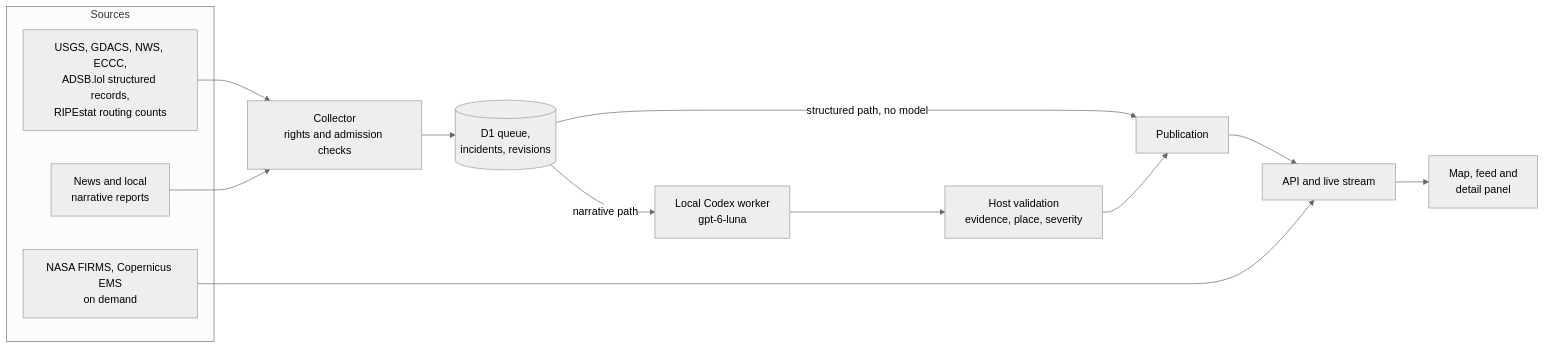
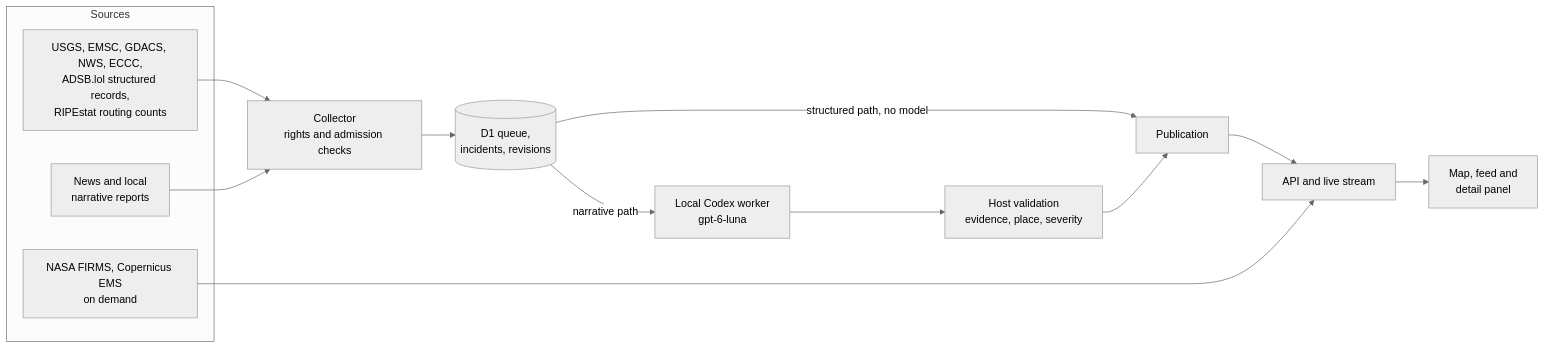
The diagram in README.md (fortunexbt/world-watch), drawn with Mermaid (neutral theme) before and after one commit. The commit also changed other lines of this file and 16 other files, not shown here.

````diff
--- a/README.md
+++ b/README.md
@@ -36,18 +36,18 @@
 ```mermaid
 flowchart LR
   subgraph Sources
-    S1[USGS, GDACS, NWS, ECCC,<br/>ADSB.lol structured records,<br/>RIPEstat routing counts]
+    S1[USGS, EMSC, GDACS, NWS, ECCC,<br/>ADSB.lol structured records,<br/>RIPEstat routing counts]
     S2[News and local<br/>narrative reports]
     S3[NASA FIRMS, Copernicus EMS<br/>on demand]
   end
   S1 --> C[Collector<br/>rights and admission checks]
   S2 --> C
   C --> D[(D1 queue,<br/>incidents, revisions)]
   D -->|structured path, no model| P[Publication]
   D -->|narrative path| W[Local Codex worker<br/>gpt-6-luna]
   W --> V[Host validation<br/>evidence, place, severity]
   V --> P
   P --> A[API and live stream]
   S3 --> A
   A --> M[Map, feed and<br/>detail panel]
 ```
````
